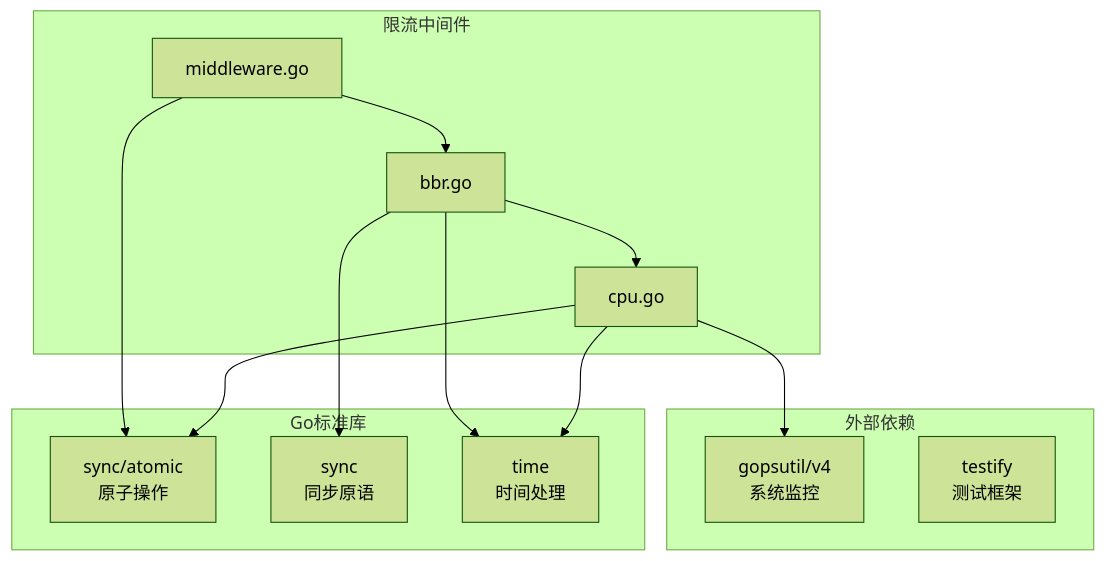
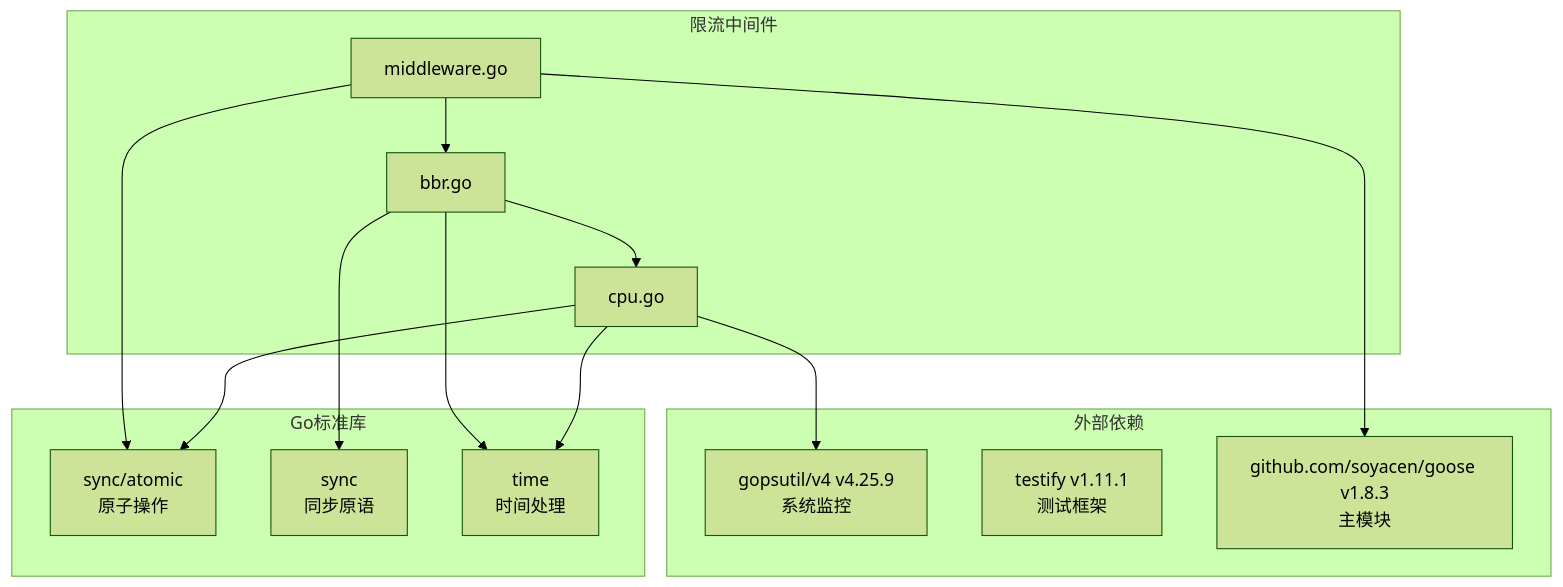
The seventh of 7 diagrams in .agents/repowiki/zh/content/高级中间件/限流中间件.md (soyacen/goose), drawn with Mermaid (forest theme) before and after one commit. The commit also changed other lines of this file and 51 other files, not shown here.

````diff
--- a/.agents/repowiki/zh/content/高级中间件/限流中间件.md
+++ b/.agents/repowiki/zh/content/高级中间件/限流中间件.md
@@ -313,25 +327,27 @@
 ```mermaid
 graph TB
 subgraph "限流中间件"
 A[middleware.go]
 B[bbr.go]
 C[cpu.go]
 end
 subgraph "外部依赖"
-D[gopsutil/v4<br/>系统监控]
-E[testify<br/>测试框架]
+D[gopsutil/v4 v4.25.9<br/>系统监控]
+E[testify v1.11.1<br/>测试框架]
+F[github.com/soyacen/goose v1.8.3<br/>主模块]
 end
 subgraph "Go标准库"
-F[sync/atomic<br/>原子操作]
-G[sync<br/>同步原语]
-H[time<br/>时间处理]
+G[sync/atomic<br/>原子操作]
+H[sync<br/>同步原语]
+I[time<br/>时间处理]
 end
 A --> B
 B --> C
 C --> D
 A --> F
-B --> G
+A --> G
 B --> H
-C --> F
-C --> H
+B --> I
+C --> G
+C --> I
 ```
````
